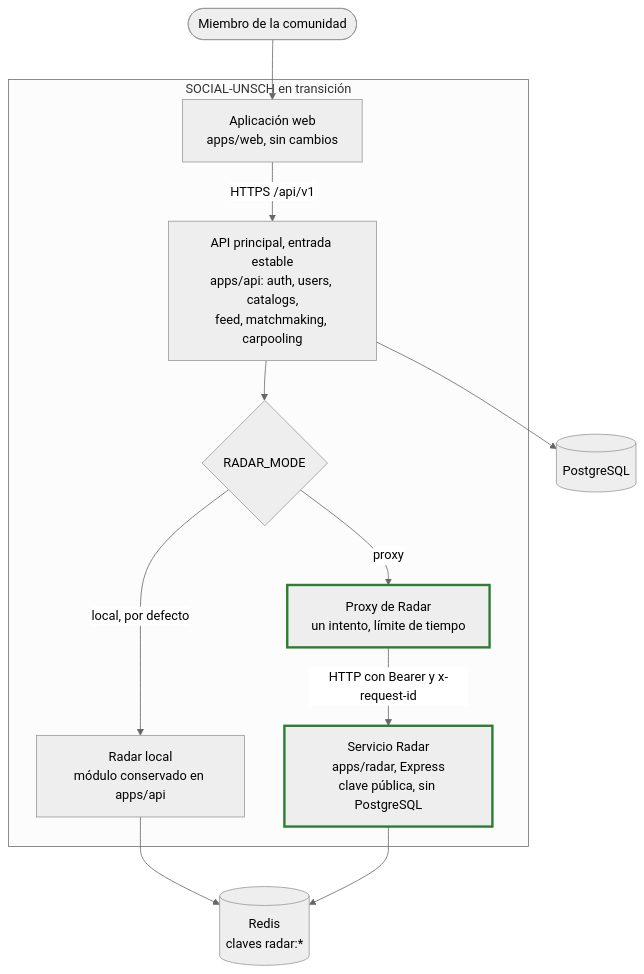
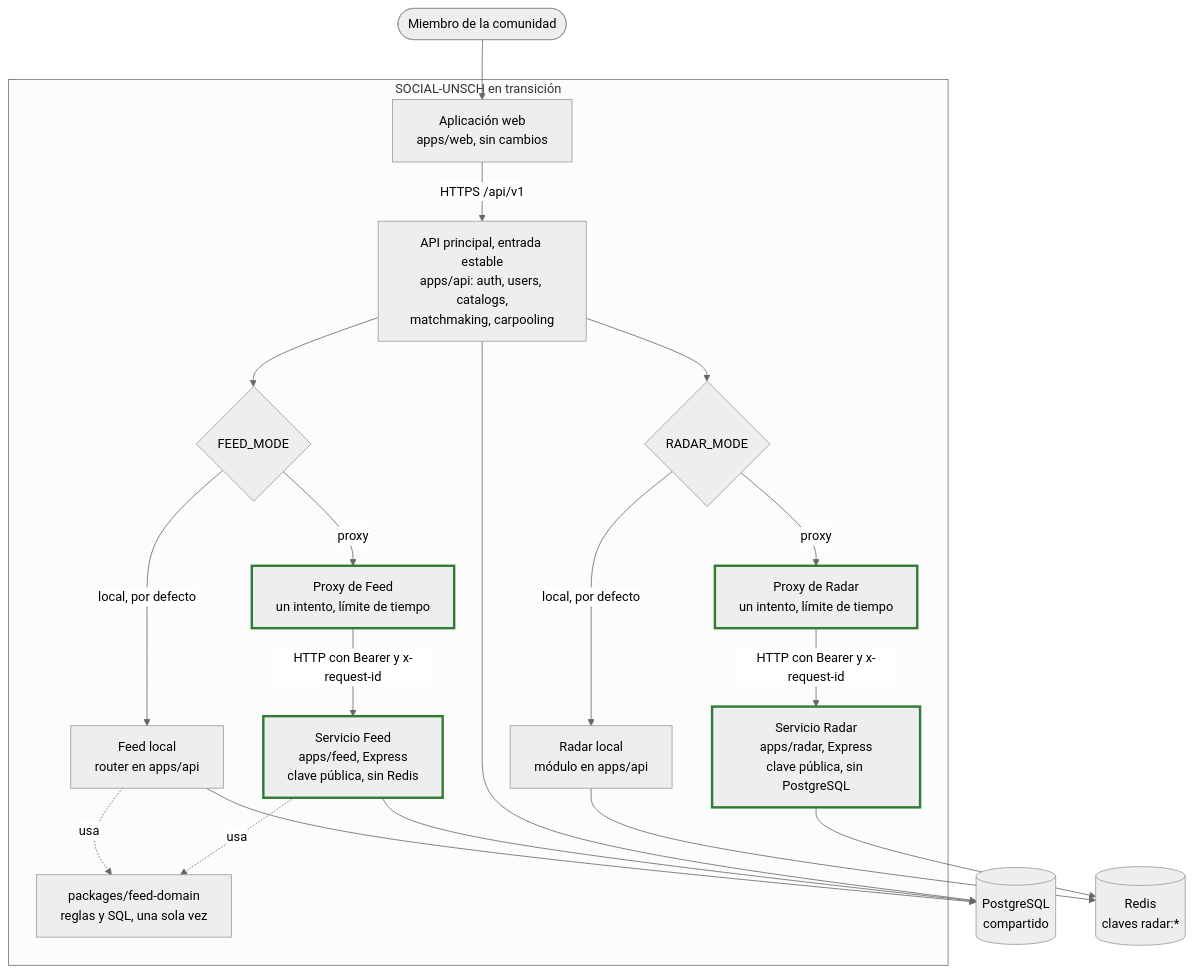
Before and after one commit to pillacarodriguezuriel-a11y/social_unsch: the diagram in docs/04-modelo-c4/05-contenedores-de-transicion.md, drawn with Mermaid (neutral theme). The commit also changed other lines of this file and 44 other files, not shown here.

````diff
--- a/docs/04-modelo-c4/05-contenedores-de-transicion.md
+++ b/docs/04-modelo-c4/05-contenedores-de-transicion.md
@@ -9,29 +9,42 @@
 ```mermaid
 flowchart TB
     USR(["Miembro de la comunidad"])
 
     subgraph SISTEMA["SOCIAL-UNSCH en transición"]
         WEB["Aplicación web<br/>apps/web, sin cambios"]
-        API["API principal, entrada estable<br/>apps/api: auth, users, catalogs,<br/>feed, matchmaking, carpooling"]
-        SEL{"RADAR_MODE"}
-        LOCAL["Radar local<br/>módulo conservado en apps/api"]
-        PX["Proxy de Radar<br/>un intento, límite de tiempo"]
+        API["API principal, entrada estable<br/>apps/api: auth, users, catalogs,<br/>matchmaking, carpooling"]
+        SELR{"RADAR_MODE"}
+        RLOC["Radar local<br/>módulo en apps/api"]
+        RPX["Proxy de Radar<br/>un intento, límite de tiempo"]
         RSV["Servicio Radar<br/>apps/radar, Express<br/>clave pública, sin PostgreSQL"]
+        SELF{"FEED_MODE"}
+        FLOC["Feed local<br/>router en apps/api"]
+        FPX["Proxy de Feed<br/>un intento, límite de tiempo"]
+        FSV["Servicio Feed<br/>apps/feed, Express<br/>clave pública, sin Redis"]
+        DOM["packages/feed-domain<br/>reglas y SQL, una sola vez"]
     end
 
-    PG[("PostgreSQL")]
+    PG[("PostgreSQL<br/>compartido")]
     RD[("Redis<br/>claves radar:*")]
 
     USR --> WEB
     WEB -- "HTTPS /api/v1" --> API
-    API --> SEL
-    SEL -- "local, por defecto" --> LOCAL
-    SEL -- "proxy" --> PX
-    PX -- "HTTP con Bearer y x-request-id" --> RSV
-    LOCAL --> RD
+    API --> SELR
+    SELR -- "local, por defecto" --> RLOC
+    SELR -- "proxy" --> RPX
+    RPX -- "HTTP con Bearer y x-request-id" --> RSV
+    RLOC --> RD
     RSV --> RD
+    API --> SELF
+    SELF -- "local, por defecto" --> FLOC
+    SELF -- "proxy" --> FPX
+    FPX -- "HTTP con Bearer y x-request-id" --> FSV
+    FLOC -. "usa" .-> DOM
+    FSV -. "usa" .-> DOM
+    FLOC --> PG
+    FSV --> PG
     API --> PG
 
     classDef codigo stroke:#2e7d32,stroke-width:3px
-    class PX,RSV codigo
+    class RPX,RSV,FPX,FSV codigo
 ```
````
